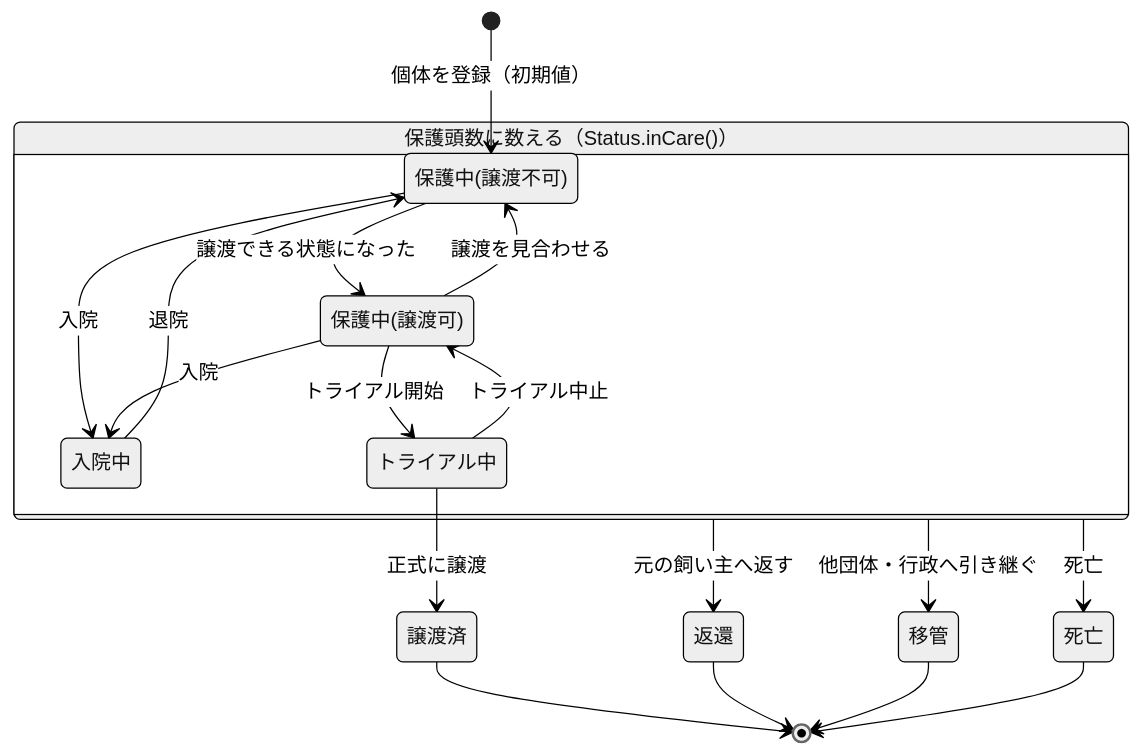
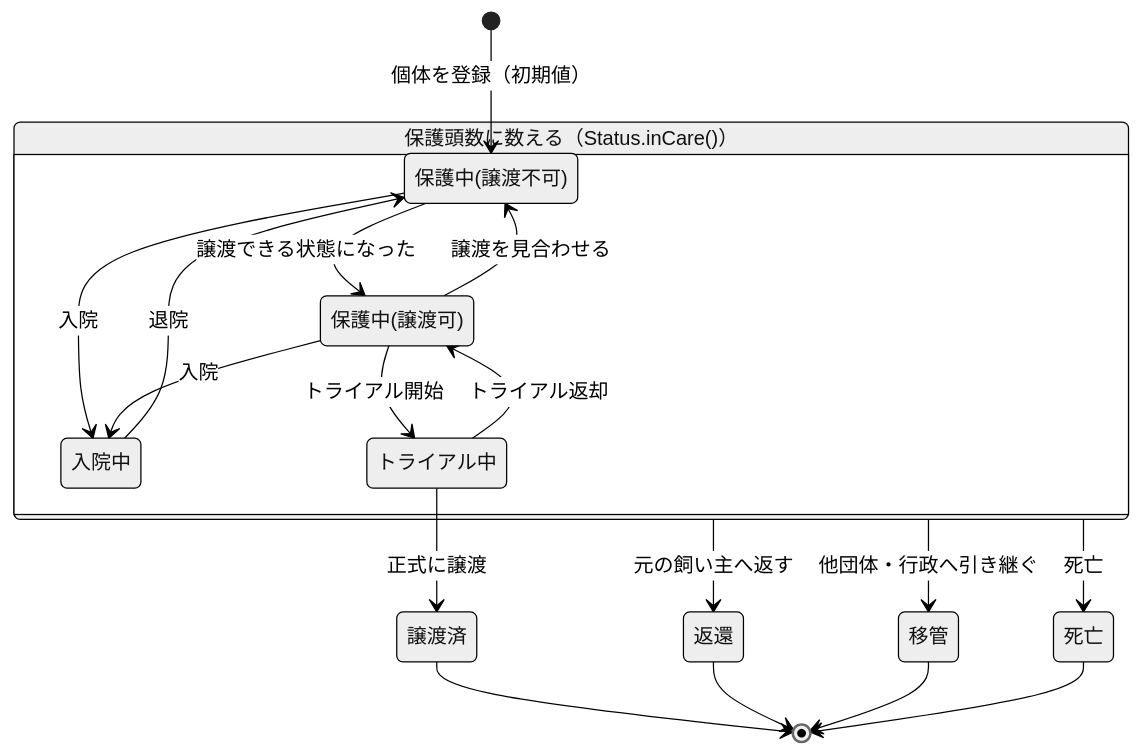
Before and after one commit to kent719000-source/Production: the diagram in アプリケーション企画実習/設計書/詳細設計書.md, drawn with Mermaid (neutral theme). The commit also changed other lines of this file and 7 other files, not shown here.

````diff
--- a/アプリケーション企画実習/設計書/詳細設計書.md
+++ b/アプリケーション企画実習/設計書/詳細設計書.md
@@ -1130,33 +1151,33 @@
 ```mermaid
 stateDiagram-v2
     [*] --> NOT_ADOPTABLE : 個体を登録（初期値）
 
     state "保護頭数に数える（Status.inCare()）" as inCare {
         NOT_ADOPTABLE : 保護中(譲渡不可)
         ADOPTABLE : 保護中(譲渡可)
         HOSPITALIZED : 入院中
         TRIAL : トライアル中
 
         NOT_ADOPTABLE --> ADOPTABLE : 譲渡できる状態になった
         ADOPTABLE --> NOT_ADOPTABLE : 譲渡を見合わせる
         NOT_ADOPTABLE --> HOSPITALIZED : 入院
         ADOPTABLE --> HOSPITALIZED : 入院
         HOSPITALIZED --> NOT_ADOPTABLE : 退院
         ADOPTABLE --> TRIAL : トライアル開始
-        TRIAL --> ADOPTABLE : トライアル中止
+        TRIAL --> ADOPTABLE : トライアル返却
     }
 
     ADOPTED : 譲渡済
     RETURNED : 返還
     TRANSFERRED : 移管
     DECEASED : 死亡
 
     TRIAL --> ADOPTED : 正式に譲渡
     inCare --> RETURNED : 元の飼い主へ返す
     inCare --> TRANSFERRED : 他団体・行政へ引き継ぐ
     inCare --> DECEASED : 死亡
     ADOPTED --> [*]
     RETURNED --> [*]
     TRANSFERRED --> [*]
     DECEASED --> [*]
 ```
````
